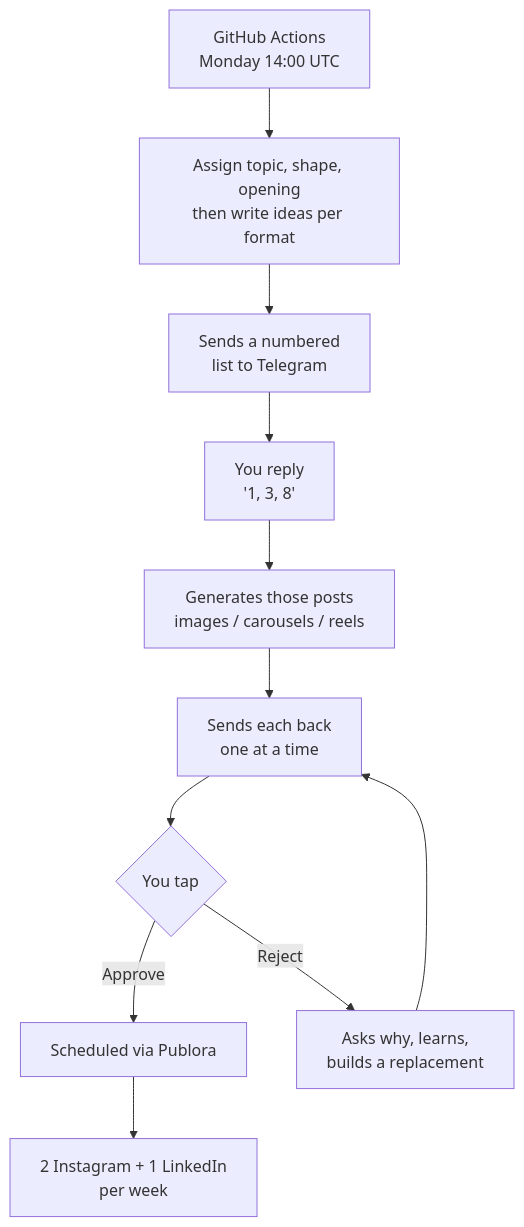
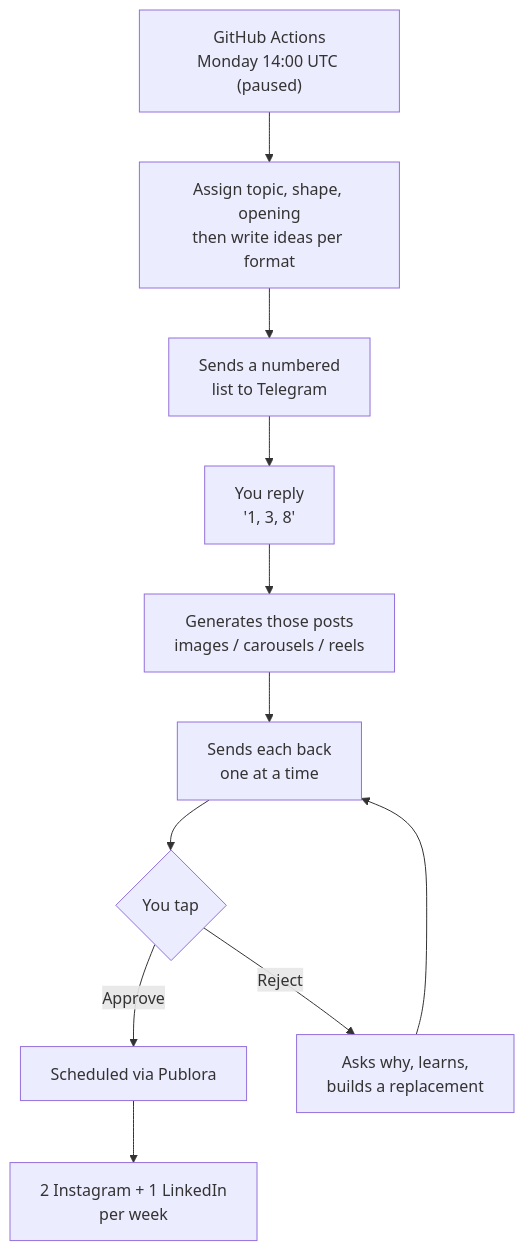
The seventh of 7 diagrams in docs/OWNERS_GUIDE.md (ianoharris/oralcheck), drawn with Mermaid before and after one commit. The commit also changed other lines of this file and 22 other files, not shown here.

````diff
--- a/docs/OWNERS_GUIDE.md
+++ b/docs/OWNERS_GUIDE.md
@@ -541,13 +580,13 @@
 ```mermaid
 flowchart TB
-    CRON["GitHub Actions<br/>Monday 14:00 UTC"] --> IDEAS["Assign topic, shape, opening<br/>then write ideas per format"]
+    CRON["GitHub Actions<br/>Monday 14:00 UTC (paused)"] --> IDEAS["Assign topic, shape, opening<br/>then write ideas per format"]
     IDEAS --> TG1["Sends a numbered<br/>list to Telegram"]
     TG1 --> YOU["You reply<br/>'1, 3, 8'"]
     YOU --> GEN["Generates those posts<br/>images / carousels / reels"]
     GEN --> TG2["Sends each back<br/>one at a time"]
     TG2 --> DEC{"You tap"}
     DEC -->|Approve| SCHED["Scheduled via Publora"]
     DEC -->|Reject| WHY["Asks why, learns,<br/>builds a replacement"]
     WHY --> TG2
     SCHED --> OUT["2 Instagram + 1 LinkedIn<br/>per week"]
 ```
````
